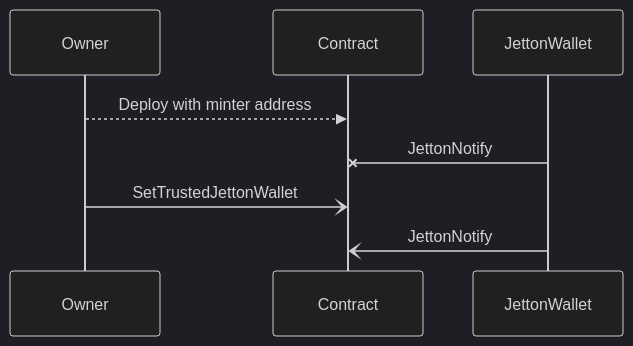
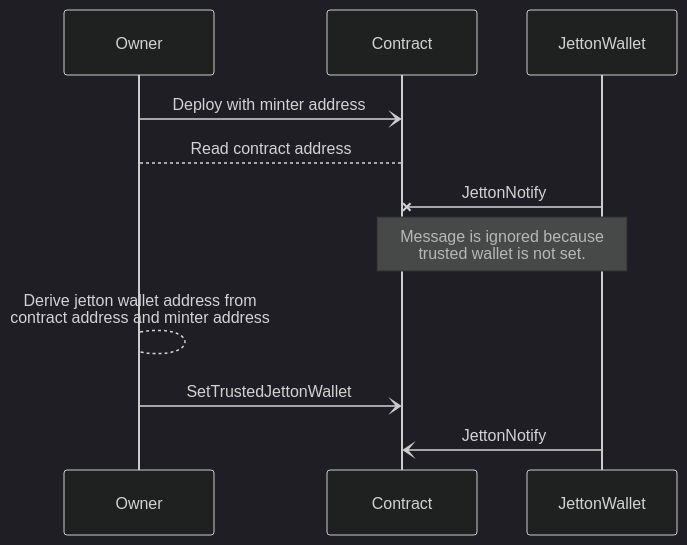
One commit to ton-org/docs changed the second of 4 diagrams in contract-dev/techniques/on-chain-jetton-processing.mdx. Above: the diagram before and after it, drawn with Mermaid (dark theme). The commit also changed other lines of this file, not shown here.

Commit message:
address review comments

````diff
--- a/contract-dev/techniques/on-chain-jetton-processing.mdx
+++ b/contract-dev/techniques/on-chain-jetton-processing.mdx
@@ -37,11 +39,14 @@
 ```mermaid
 sequenceDiagram
     participant Owner
     participant Contract
     participant JettonWallet
 
-    Owner-->>Contract: Deploy with minter address
+    Owner-)Contract: Deploy with minter address
+    Contract-->Owner: Read contract address
     JettonWallet-xContract: JettonNotify
+    Note over JettonWallet, Contract: Message is ignored because<br/> trusted wallet is not set.
+    Owner-->Owner: Derive jetton wallet address from<br/>contract address and minter address
     Owner-)Contract: SetTrustedJettonWallet
     JettonWallet-)Contract: JettonNotify
 ```
````
